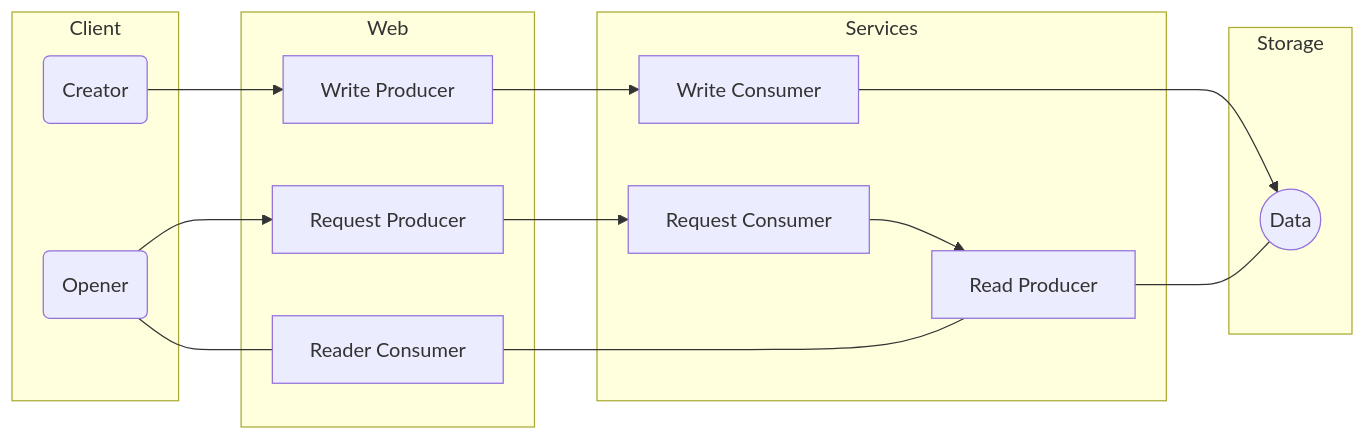
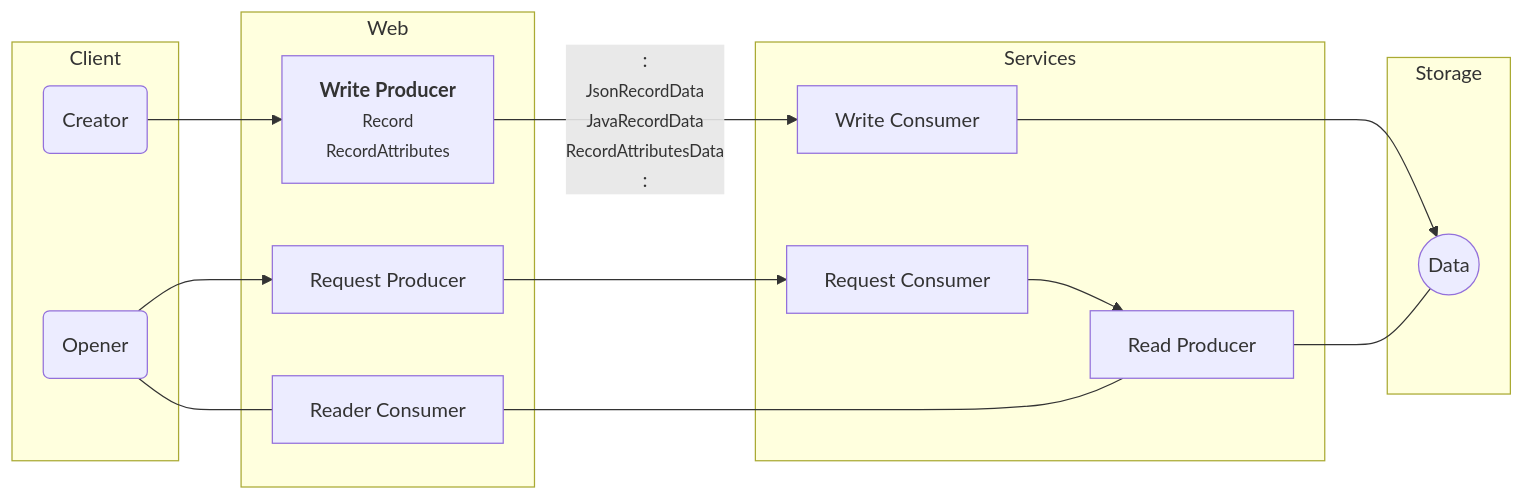
One commit to prazit/TableFlow changed the diagram in documents/Data Structure - Kafka.md. Above: the diagram before and after it, drawn with Mermaid. The commit also changed other lines of this file and 122 other files, not shown here.

Commit message:
Add more classes to support JSON Data File.

````diff
--- a/documents/Data Structure - Kafka.md
+++ b/documents/Data Structure - Kafka.md
@@ -25,37 +25,37 @@
 ```mermaid
 graph LR;
 
 subgraph Client
 user(Creator)
 user2(Opener)
 end
 
 subgraph Web
-write[Write Producer]
+write[<b>Write Producer</b><small><br/>Record<br/>RecordAttributes</small>]
 request[Request Producer]
 reader[Reader Consumer]
 end
 
 subgraph Services
 writer[Write Consumer]
 receiver[Request Consumer]
 read[Read Producer]
 end
 
 subgraph Storage
 storage((Data))
 end
 
 user-->write
-write-->writer
+write--: <small><br/>JsonRecordData<br/>JavaRecordData<br/>RecordAttributesData<br/></small> :-->writer
 writer-->storage
 
 
 user2-->request
 request-->receiver
 receiver-->read
 read---storage
 
 user2---reader
 reader---read
 ```
````
